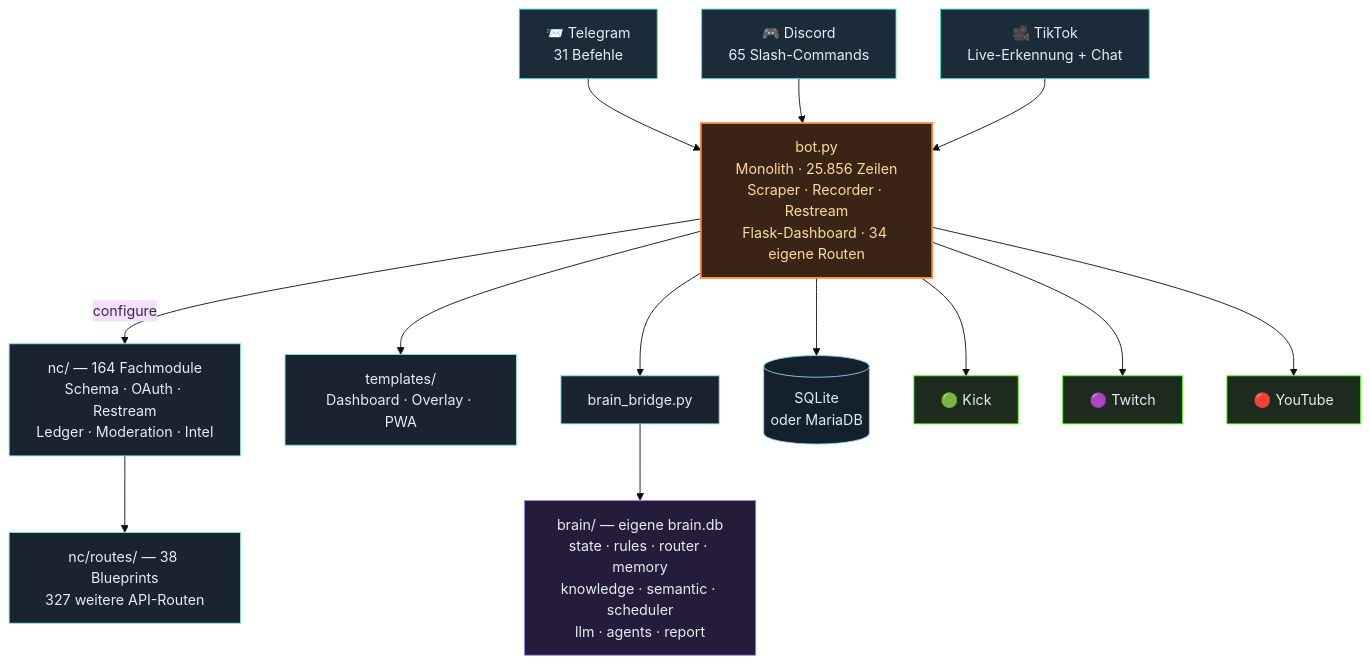
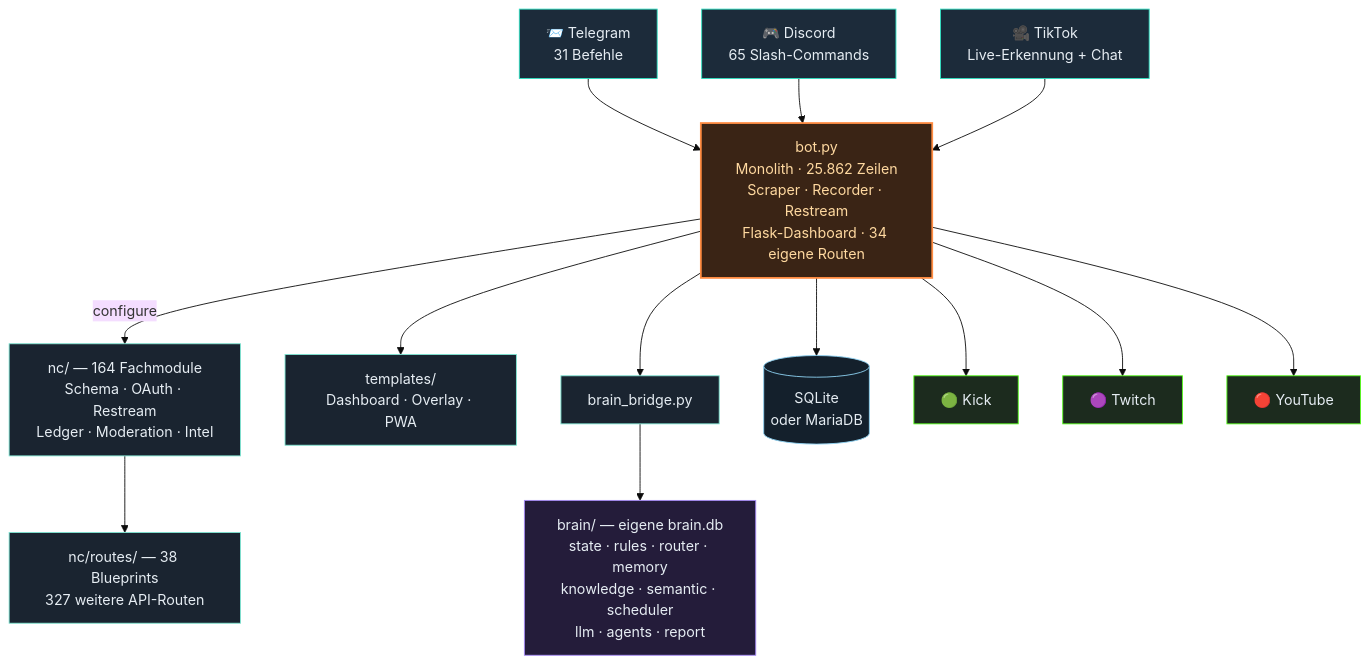
The third of 4 diagrams in README.md (itsamemedev/Telegram-Stream-Info-Bot), drawn with Mermaid (base theme) before and after one commit. The commit also changed other lines of this file and 2 other files, not shown here.

````diff
--- a/README.md
+++ b/README.md
@@ -189,30 +189,30 @@
 ```mermaid
 flowchart TB
     TG["📨 Telegram<br/>31 Befehle"]:::ein
     DC["🎮 Discord<br/>65 Slash-Commands"]:::ein
     TT["🎥 TikTok<br/>Live-Erkennung + Chat"]:::ein
 
     TG --> BOT
     DC --> BOT
     TT --> BOT
 
-    BOT["bot.py<br/>Monolith · 25.856 Zeilen<br/>Scraper · Recorder · Restream<br/>Flask-Dashboard · 34 eigene Routen"]:::core
+    BOT["bot.py<br/>Monolith · 25.862 Zeilen<br/>Scraper · Recorder · Restream<br/>Flask-Dashboard · 34 eigene Routen"]:::core
 
     BOT -->|configure| NC["nc/ — 164 Fachmodule<br/>Schema · OAuth · Restream<br/>Ledger · Moderation · Intel"]:::lib
     NC --> RT["nc/routes/ — 38 Blueprints<br/>327 weitere API-Routen"]:::lib
     BOT --> TPL["templates/<br/>Dashboard · Overlay · PWA"]:::lib
     BOT --> BR["brain_bridge.py"]:::lib
     BR --> BRAIN["brain/ — eigene brain.db<br/>state · rules · router · memory<br/>knowledge · semantic · scheduler<br/>llm · agents · report"]:::brain
     BOT --> DB[("SQLite<br/>oder MariaDB")]:::db
 
     BOT --> KICK["🟢 Kick"]:::out
     BOT --> TW["🟣 Twitch"]:::out
     BOT --> YT["🔴 YouTube"]:::out
 
     classDef ein fill:#1c2b3a,stroke:#2de1c2,color:#e6edf3
     classDef core fill:#3a2415,stroke:#ff8c42,stroke-width:2px,color:#ffd9a0
     classDef lib fill:#1a2430,stroke:#7fe7d4,color:#e6edf3
     classDef brain fill:#241c3a,stroke:#a78bfa,color:#e6edf3
     classDef db fill:#14202c,stroke:#8fd3f4,color:#e6edf3
     classDef out fill:#1c2b1e,stroke:#53fc18,color:#e6edf3
 ```
````
